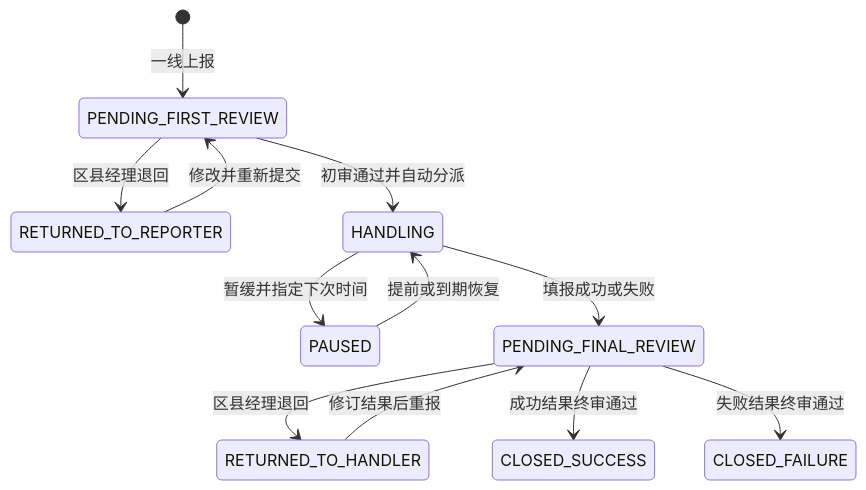
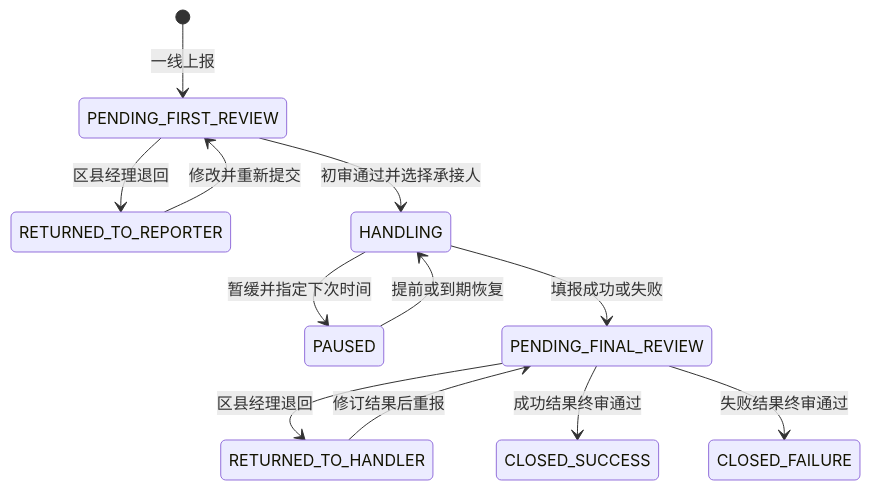
The second of 2 diagrams in docs/architecture.md (Densityyang/opportunity-management-system), drawn with Mermaid before and after one commit. The commit also changed other lines of this file and 48 other files, not shown here.

````diff
--- a/docs/architecture.md
+++ b/docs/architecture.md
@@ -31,14 +31,14 @@
 ```mermaid
 stateDiagram-v2
   [*] --> PENDING_FIRST_REVIEW: 一线上报
   PENDING_FIRST_REVIEW --> RETURNED_TO_REPORTER: 区县经理退回
   RETURNED_TO_REPORTER --> PENDING_FIRST_REVIEW: 修改并重新提交
-  PENDING_FIRST_REVIEW --> HANDLING: 初审通过并自动分派
+  PENDING_FIRST_REVIEW --> HANDLING: 初审通过并选择承接人
   HANDLING --> PAUSED: 暂缓并指定下次时间
   PAUSED --> HANDLING: 提前或到期恢复
   HANDLING --> PENDING_FINAL_REVIEW: 填报成功或失败
   RETURNED_TO_HANDLER --> PENDING_FINAL_REVIEW: 修订结果后重报
   PENDING_FINAL_REVIEW --> RETURNED_TO_HANDLER: 区县经理退回
   PENDING_FINAL_REVIEW --> CLOSED_SUCCESS: 成功结果终审通过
   PENDING_FINAL_REVIEW --> CLOSED_FAILURE: 失败结果终审通过
 ```
````
